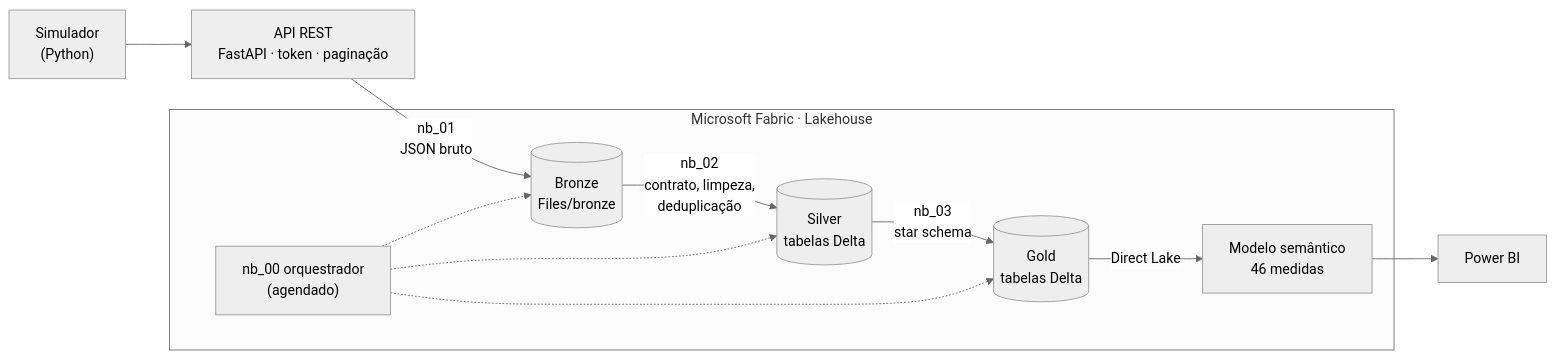
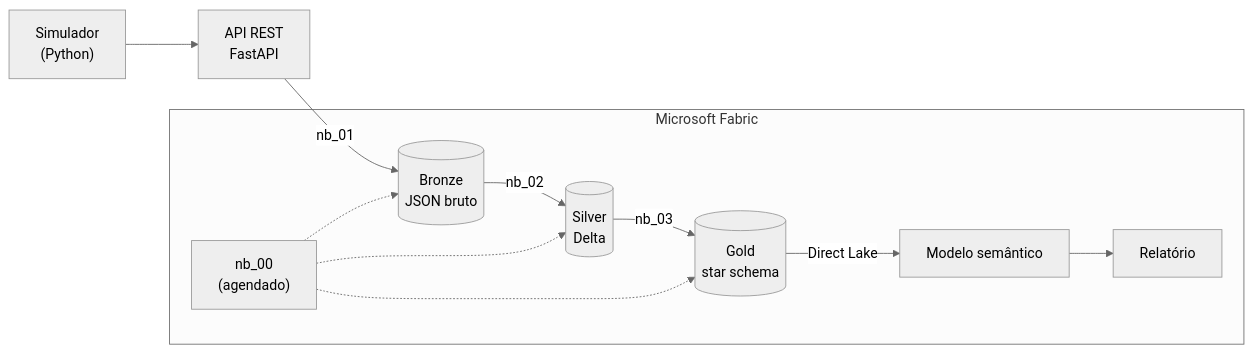
One commit to GuilhermeRostirolla/painel-projetos-fabric changed the diagram in README.md. Above: the diagram before and after it, drawn with Mermaid (neutral theme). The commit also changed other lines of this file and 34 other files, not shown here.

````diff
--- a/README.md
+++ b/README.md
@@ -34,16 +26,17 @@
 ```mermaid
 flowchart LR
-    S["Simulador<br/>(Python)"] --> A["API REST<br/>FastAPI · token · paginação"]
-    A -- "nb_01<br/>JSON bruto" --> B[("Bronze<br/>Files/bronze")]
-    B -- "nb_02<br/>contrato, limpeza,<br/>deduplicação" --> SV[("Silver<br/>tabelas Delta")]
-    SV -- "nb_03<br/>star schema" --> G[("Gold<br/>tabelas Delta")]
-    G -- "Direct Lake" --> M["Modelo semântico<br/>46 medidas"] --> P["Power BI"]
-    O["nb_00 orquestrador<br/>(agendado)"] -.-> B & SV & G
-    subgraph Fabric["Microsoft Fabric · Lakehouse"]
+    S["Simulador<br/>(Python)"] --> A["API REST<br/>FastAPI"]
+    A -- "nb_01" --> B[("Bronze<br/>JSON bruto")]
+    B -- "nb_02" --> SV[("Silver<br/>Delta")]
+    SV -- "nb_03" --> G[("Gold<br/>star schema")]
+    G -- "Direct Lake" --> M["Modelo semântico"] --> P["Relatório"]
+    O["nb_00<br/>(agendado)"] -.-> B & SV & G
+    subgraph Fabric["Microsoft Fabric"]
         B
         SV
         G
         O
         M
+        P
     end
 ```
````
